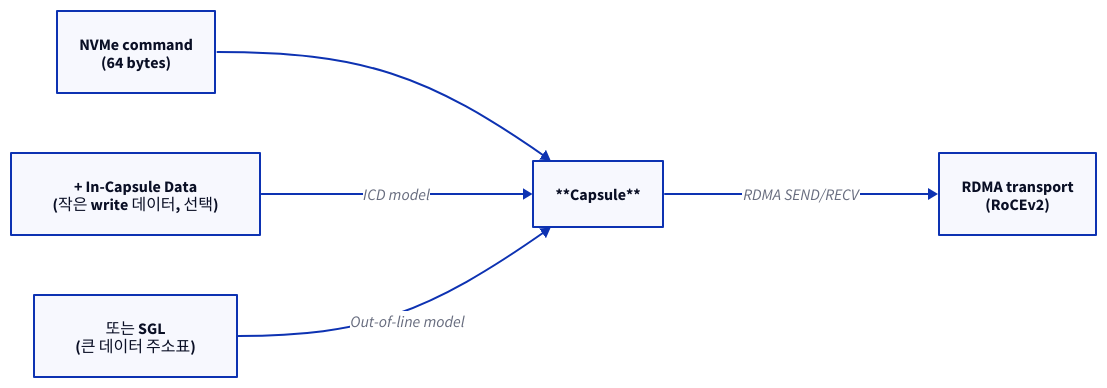
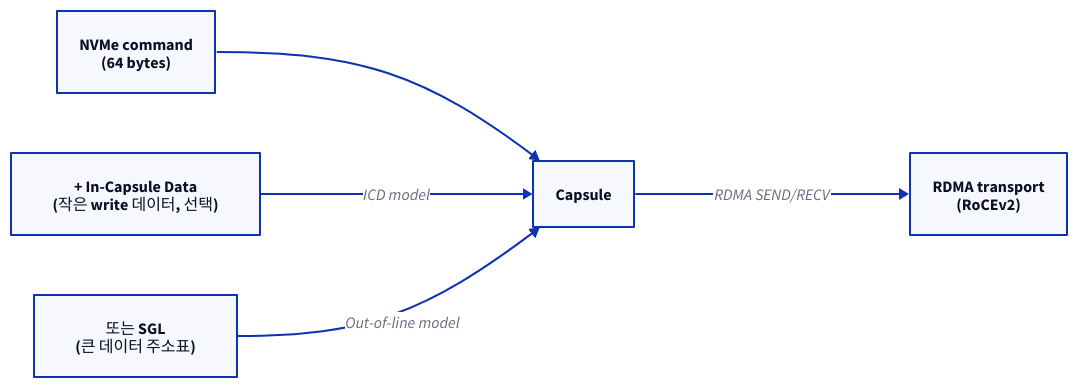
Before and after one commit to humbleowl39/DV_SKOOL: the third of 3 diagrams in starlight_site/src/content/docs/nvme/04_nvmeof_over_rdma.md, drawn with D2. The commit also changed other lines of this file and 714 other files, not shown here.

First line of the commit message:
fix(site): d2 다이어그램 가독성 결함 6종 일괄 수정

````diff
--- a/starlight_site/src/content/docs/nvme/04_nvmeof_over_rdma.md
+++ b/starlight_site/src/content/docs/nvme/04_nvmeof_over_rdma.md
@@ -104,12 +104,12 @@
 ```d2
 direction: right
 CMD: "NVMe command\n(64 bytes)"
 ICD: "+ In-Capsule Data\n(작은 write 데이터, 선택)"
 SGL: "또는 SGL\n(큰 데이터 주소표)"
-CAP: "**Capsule**"
+CAP: "Capsule"
 CMD -> CAP
 ICD -> CAP: "ICD model"
 SGL -> CAP: "Out-of-line model"
 CAP -> RDMA: "RDMA SEND/RECV"
 RDMA: "RDMA transport\n(RoCEv2)"
 ```
````
